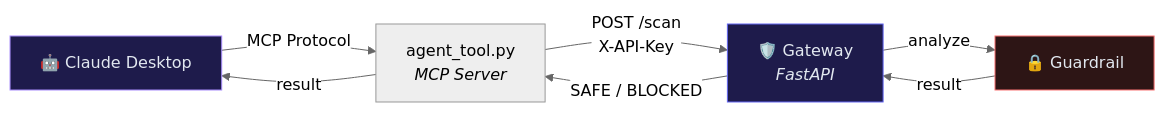
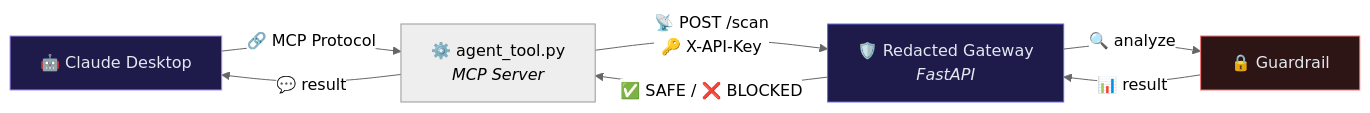
Before and after one commit to lidorpahima/Redacted: the fifth of 6 diagrams in README.md, drawn with Mermaid (neutral theme). The commit also changed other lines of this file, not shown here.

````diff
--- a/README.md
+++ b/README.md
@@ -194,13 +254,13 @@
 ```mermaid
 graph LR
-    Claude["🤖 Claude Desktop"] -->|MCP Protocol| Agent["agent_tool.py<br/><i>MCP Server</i>"]
-    Agent -->|"POST /scan<br/>X-API-Key"| Backend["🛡️ Gateway<br/><i>FastAPI</i>"]
-    Backend -->|analyze| Guard["🔒 Guardrail"]
-    Guard -->|result| Backend
-    Backend -->|"SAFE / BLOCKED"| Agent
-    Agent -->|result| Claude
+    Claude["🤖 Claude Desktop"] -->|"🔗 MCP Protocol"| Agent["⚙️ agent_tool.py<br/><i>MCP Server</i>"]
+    Agent -->|"📡 POST /scan<br/>🔑 X-API-Key"| Backend["🛡️ Redacted Gateway<br/><i>FastAPI</i>"]
+    Backend -->|"🔍 analyze"| Guard["🔒 Guardrail"]
+    Guard -->|"📊 result"| Backend
+    Backend -->|"✅ SAFE / ❌ BLOCKED"| Agent
+    Agent -->|"💬 result"| Claude
 
     style Claude fill:#1e1b4b,stroke:#a78bfa,color:#e2e8f0
     style Backend fill:#1e1b4b,stroke:#6366f1,color:#e2e8f0
     style Guard fill:#2d1515,stroke:#f87171,color:#e2e8f0
 ```
````
